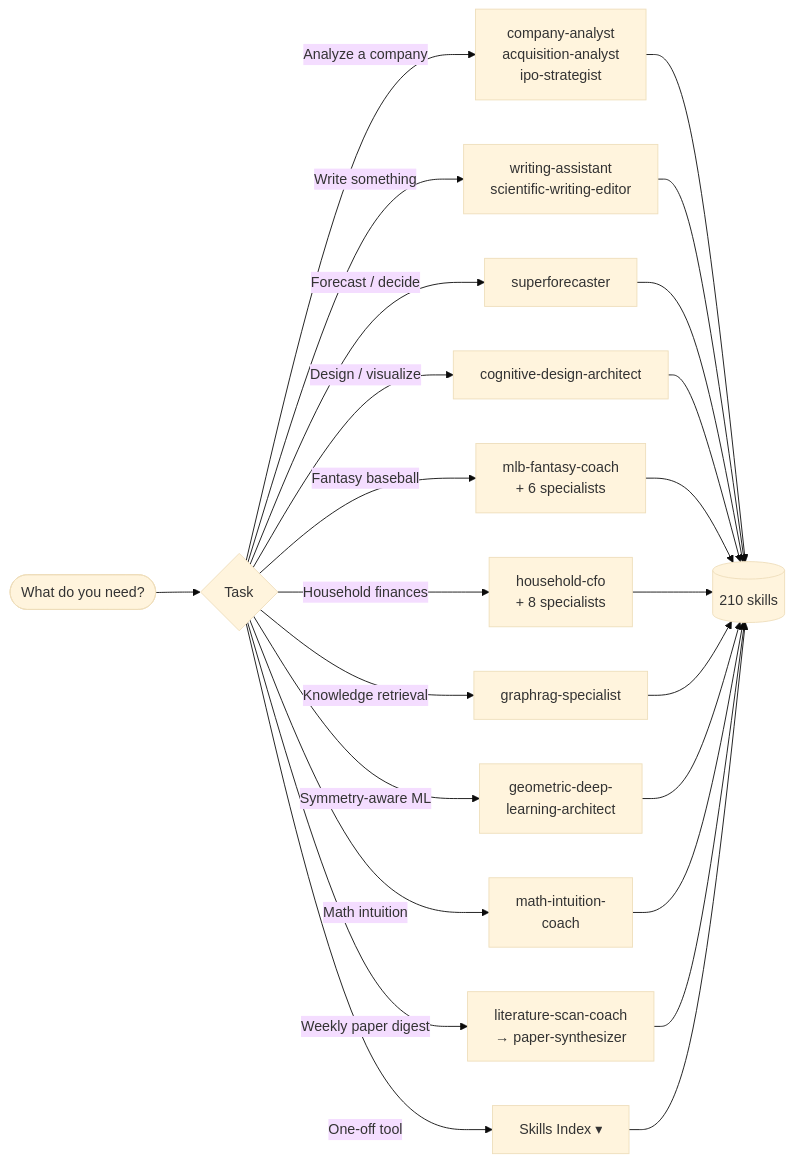
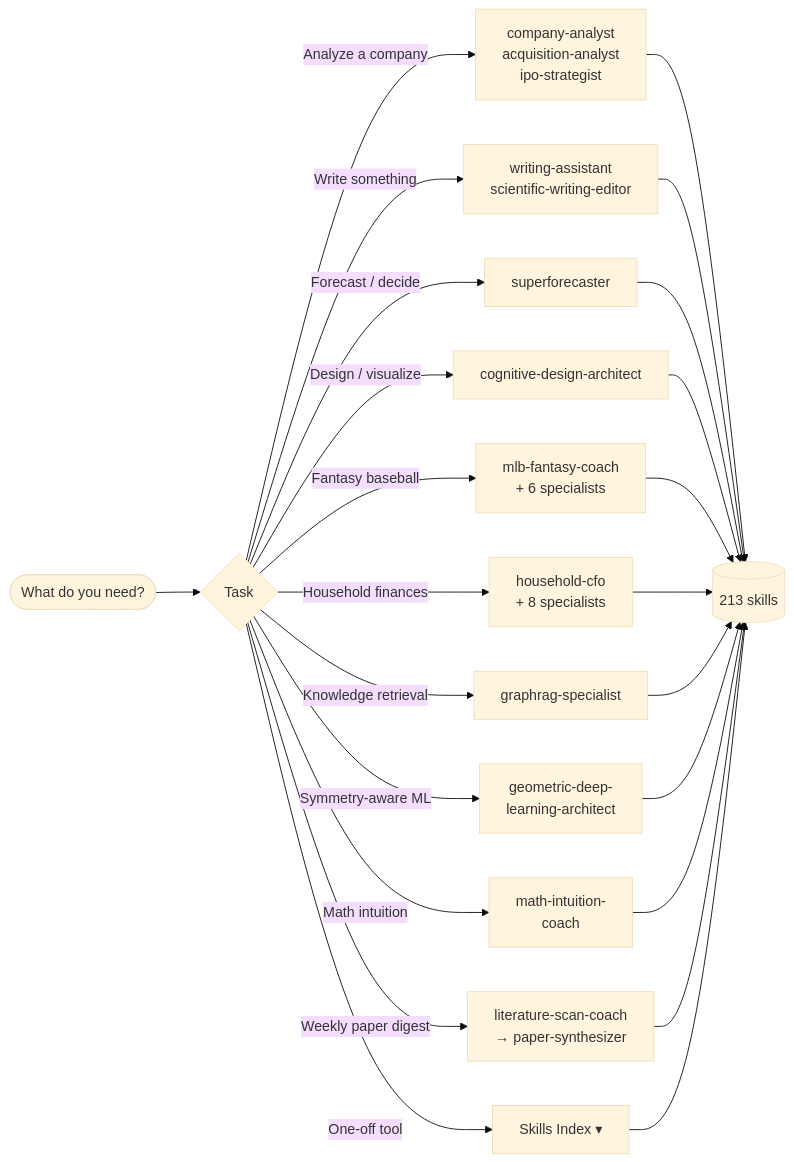
Before and after one commit to lyndonkl/claude: the diagram in README.md, drawn with Mermaid (base theme). The commit also changed other lines of this file and 4 other files, not shown here.

````diff
--- a/README.md
+++ b/README.md
@@ -39,17 +39,17 @@
 ```mermaid
 flowchart LR
     U([What do you need?]) --> D{Task}
     D -->|Analyze a company| CA[company-analyst<br/>acquisition-analyst<br/>ipo-strategist]
     D -->|Write something| WA[writing-assistant<br/>scientific-writing-editor]
     D -->|Forecast / decide| SF[superforecaster]
     D -->|Design / visualize| CD[cognitive-design-architect]
     D -->|Fantasy baseball| MLB[mlb-fantasy-coach<br/>+ 6 specialists]
     D -->|Household finances| HF[household-cfo<br/>+ 8 specialists]
     D -->|Knowledge retrieval| GR[graphrag-specialist]
     D -->|Symmetry-aware ML| GDL[geometric-deep-<br/>learning-architect]
     D -->|Math intuition| MI[math-intuition-<br/>coach]
     D -->|Weekly paper digest| LSC[literature-scan-coach<br/>→ paper-synthesizer]
     D -->|One-off tool| SK[Skills Index ▾]
-    CA & WA & SF & CD & MLB & HF & GR & GDL & MI & LSC --> S[(210 skills)]
+    CA & WA & SF & CD & MLB & HF & GR & GDL & MI & LSC --> S[(213 skills)]
     SK --> S
 ```
````
